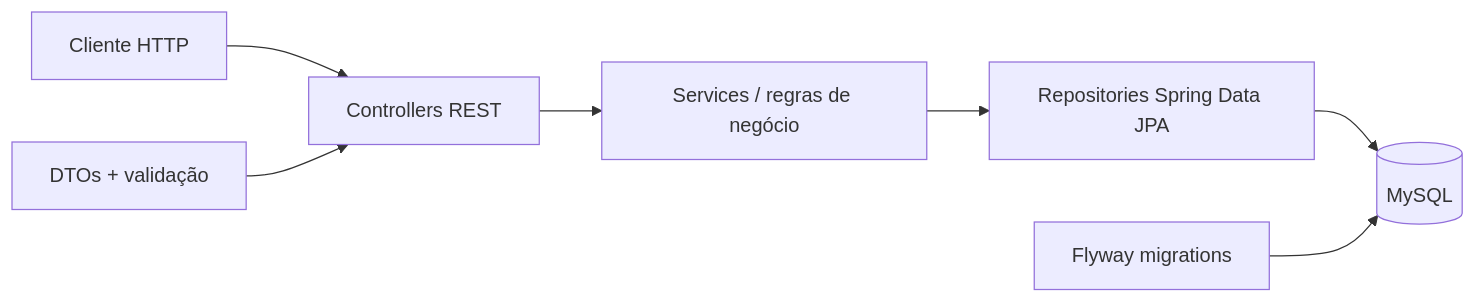
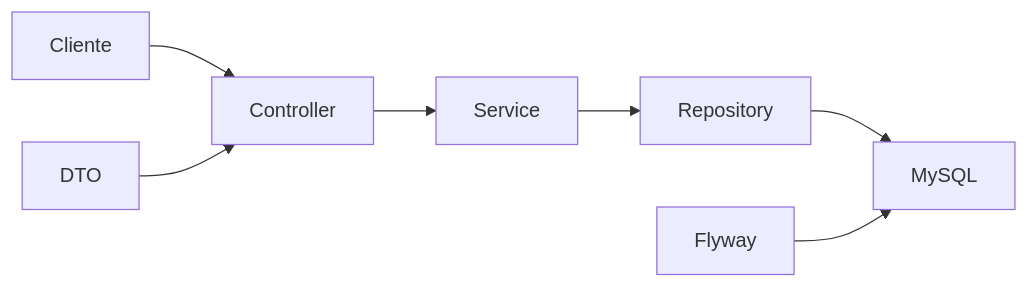
One commit to RyanMiranda01/financas_on changed the first of 2 diagrams in README.md. Above: the diagram before and after it, drawn with Mermaid. The commit also changed other lines of this file, not shown here.

````diff
--- a/README.md
+++ b/README.md
@@ -37,9 +61,11 @@
 ```mermaid
 flowchart LR
-    Client["Cliente HTTP"] --> Controller["Controllers REST"]
-    Controller --> Service["Services / regras de negócio"]
-    Service --> Repository["Repositories Spring Data JPA"]
-    Repository --> DB[("MySQL")]
-    Flyway["Flyway migrations"] --> DB
-    DTO["DTOs + validação"] --> Controller
+
+Cliente --> Controller
+Controller --> Service
+Service --> Repository
+Repository --> MySQL
+
+DTO --> Controller
+Flyway --> MySQL
 ```
````
